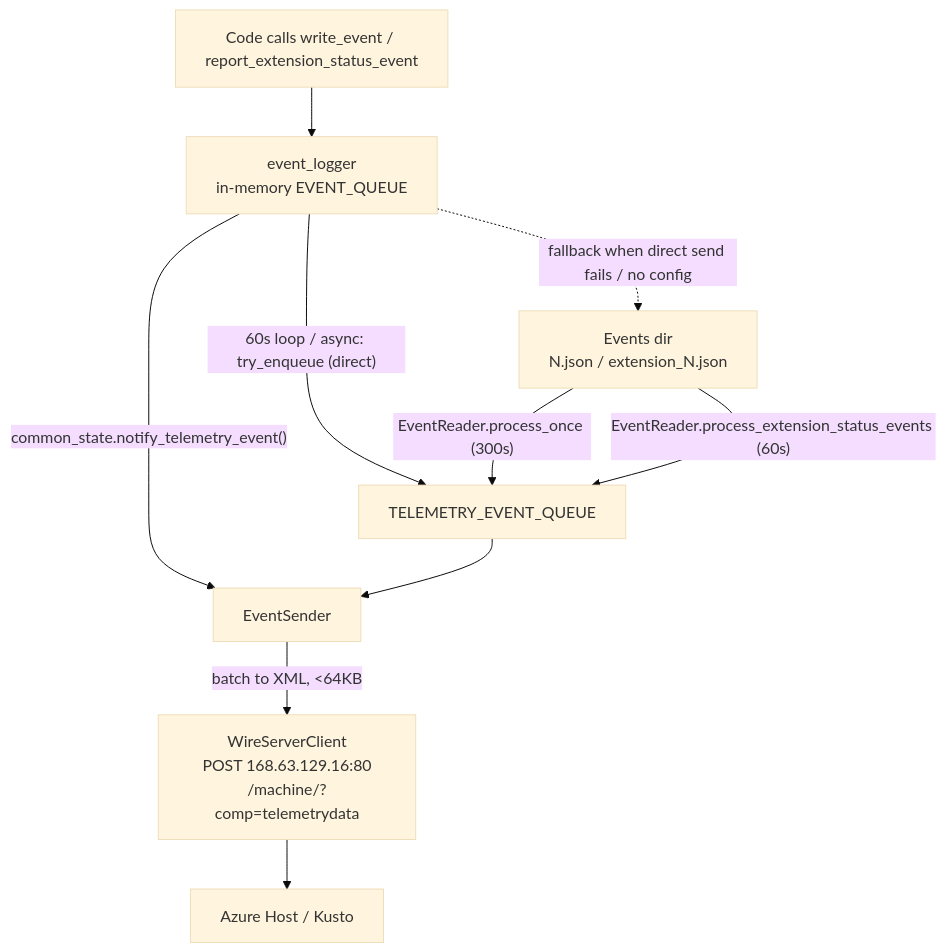
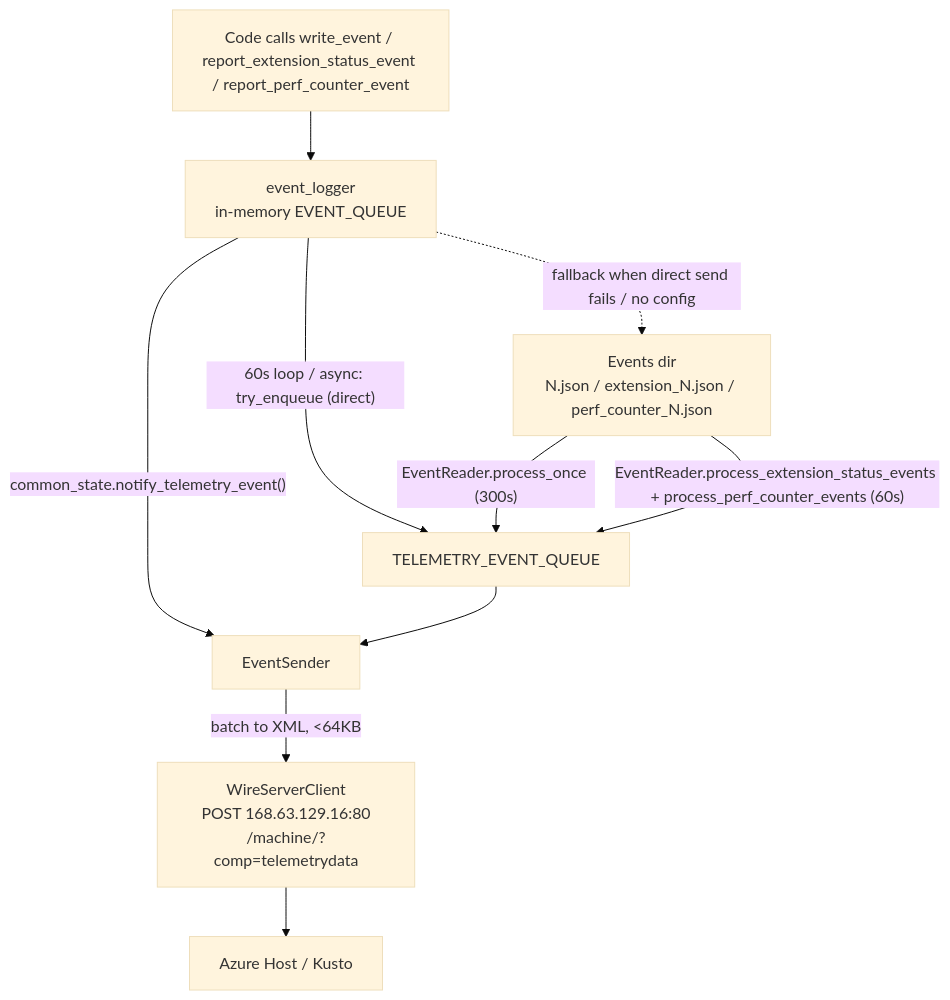
Before and after one commit to Azure/GuestProxyAgent: the diagram in doc/TelemetryEventFlow.md, drawn with Mermaid (base theme). The commit also changed other lines of this file and 5 other files, not shown here.

First line of the commit message:
[agent-hub] T-018 code round 1: ## Perf-counter telemetry (GuestAgentPerformanceCounterEvents) in proxy…

````diff
--- a/doc/TelemetryEventFlow.md
+++ b/doc/TelemetryEventFlow.md
@@ -13,12 +13,12 @@
 ```mermaid
 flowchart TD
-    A["Code calls write_event / report_extension_status_event"] --> B["event_logger<br/>in-memory EVENT_QUEUE"]
+    A["Code calls write_event / report_extension_status_event / report_perf_counter_event"] --> B["event_logger<br/>in-memory EVENT_QUEUE"]
     B -->|"60s loop / async: try_enqueue (direct)"| D["TELEMETRY_EVENT_QUEUE"]
-    B -.->|"fallback when direct send fails / no config"| C["Events dir<br/>N.json / extension_N.json"]
+    B -.->|"fallback when direct send fails / no config"| C["Events dir<br/>N.json / extension_N.json / perf_counter_N.json"]
     C -->|"EventReader.process_once (300s)"| D
-    C -->|"EventReader.process_extension_status_events (60s)"| D
+    C -->|"EventReader.process_extension_status_events + process_perf_counter_events (60s)"| D
     B -->|"common_state.notify_telemetry_event()"| E["EventSender"]
     D --> E
     E -->|"batch to XML, <64KB"| F["WireServerClient<br/>POST 168.63.129.16:80<br/>/machine/?comp=telemetrydata"]
     F --> G["Azure Host / Kusto"]
 ```
````
